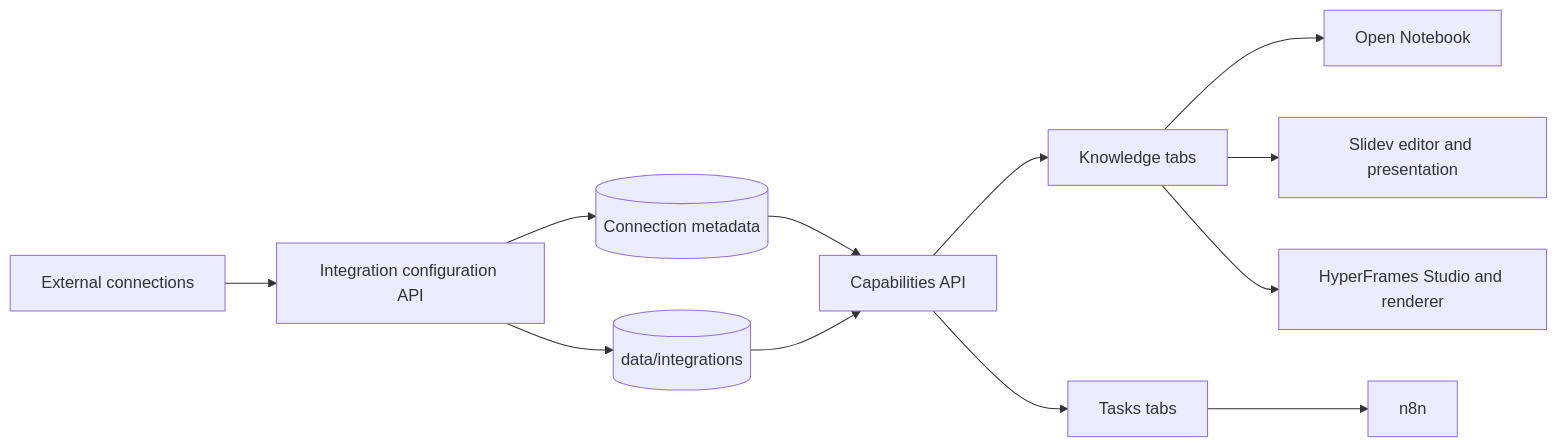
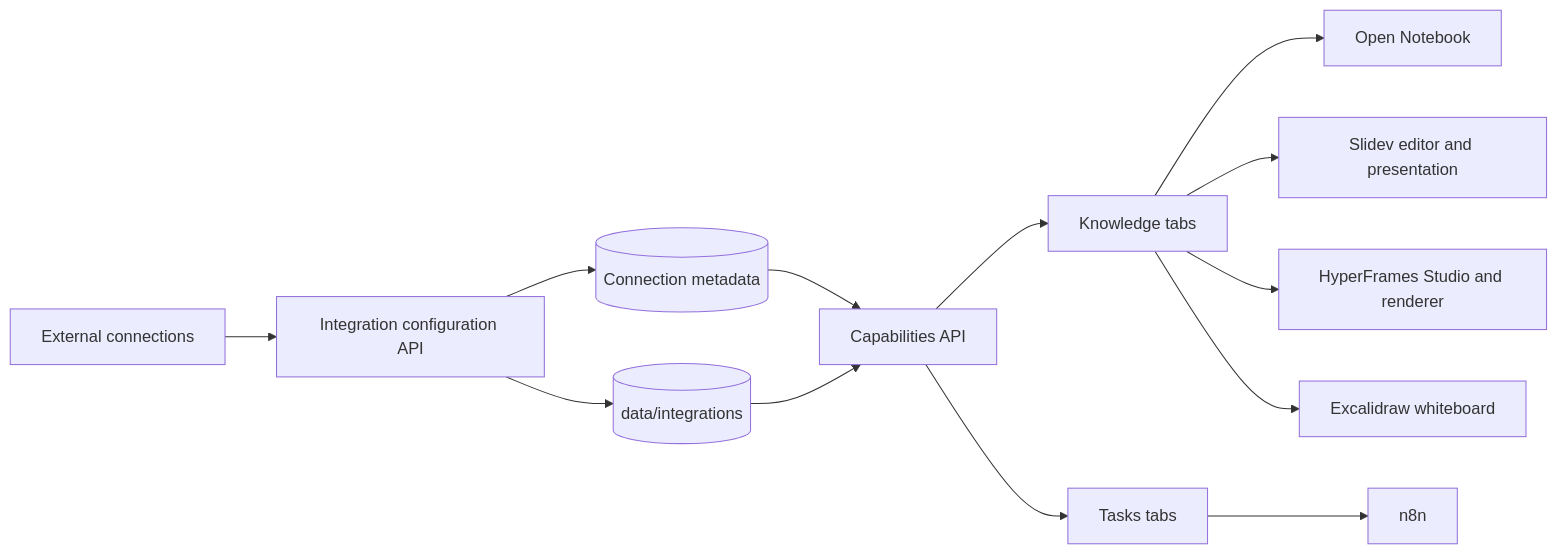
Before and after one commit to com2u/OrganAizer3: the first of 3 diagrams in architecture.md, drawn with Mermaid. The commit also changed other lines of this file and 22 other files, not shown here.

Commit message:
feat: integrate secure Excalidraw whiteboard

````diff
--- a/architecture.md
+++ b/architecture.md
@@ -5,14 +5,15 @@
 ```mermaid
 flowchart LR
   EV[External connections] --> CFG[Integration configuration API]
   CFG --> LOCAL[(data/integrations)]
   CFG --> META[(Connection metadata)]
   META --> CAP[Capabilities API]
   LOCAL --> CAP
   CAP --> W[Knowledge tabs]
   CAP --> T[Tasks tabs]
   W --> ON[Open Notebook]
   W --> SL[Slidev editor and presentation]
   W --> HF[HyperFrames Studio and renderer]
+  W --> EX[Excalidraw whiteboard]
   T --> N[n8n]
 ```
````
